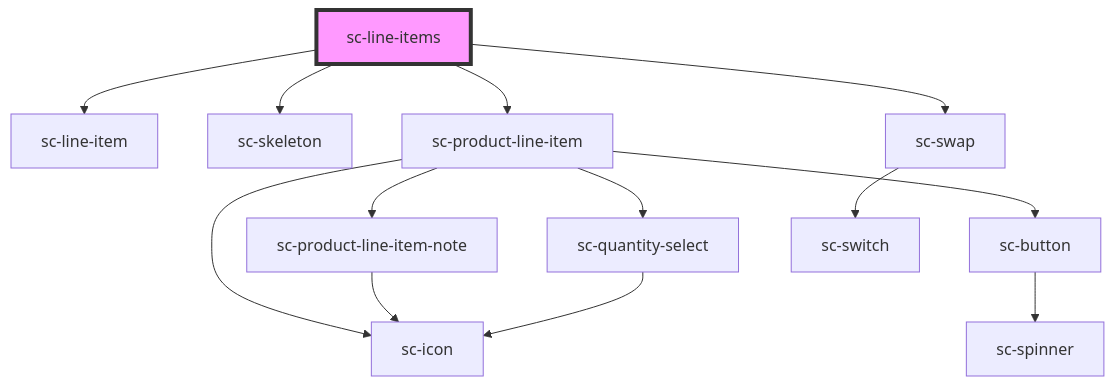
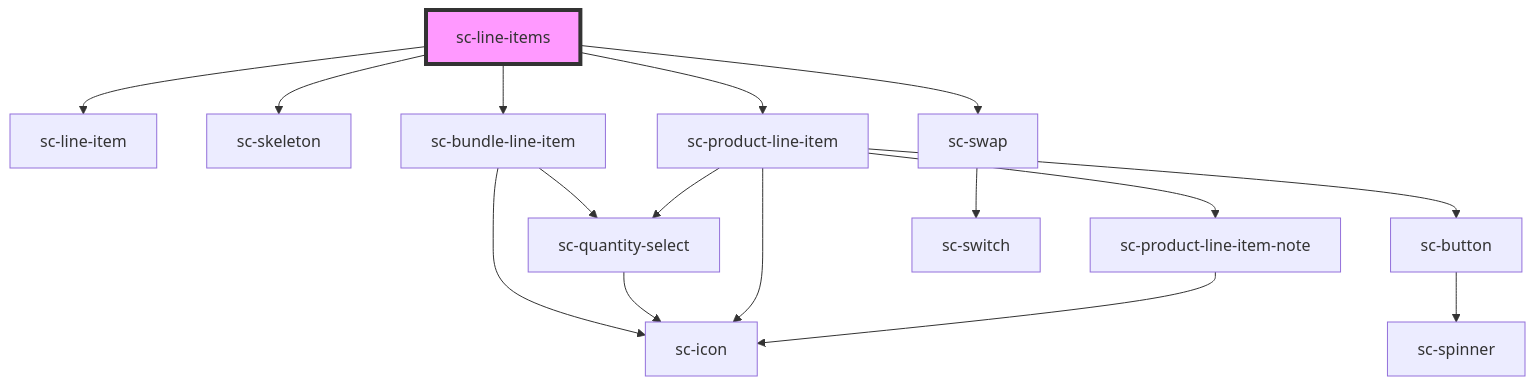
One commit to surecart/surecart-wp-plugin changed the diagram in packages/components/src/components/controllers/checkout-form/line-items/readme.md. Above: the diagram before and after it, drawn with Mermaid. The commit also changed other lines of this file and 34 other files, not shown here.

````diff
--- a/packages/components/src/components/controllers/checkout-form/line-items/readme.md
+++ b/packages/components/src/components/controllers/checkout-form/line-items/readme.md
@@ -49,16 +50,19 @@
 ```mermaid
 graph TD;
   sc-line-items --> sc-line-item
   sc-line-items --> sc-skeleton
+  sc-line-items --> sc-bundle-line-item
   sc-line-items --> sc-product-line-item
   sc-line-items --> sc-swap
+  sc-bundle-line-item --> sc-icon
+  sc-bundle-line-item --> sc-quantity-select
+  sc-quantity-select --> sc-icon
   sc-product-line-item --> sc-product-line-item-note
   sc-product-line-item --> sc-quantity-select
   sc-product-line-item --> sc-button
   sc-product-line-item --> sc-icon
   sc-product-line-item-note --> sc-icon
-  sc-quantity-select --> sc-icon
   sc-button --> sc-spinner
   sc-swap --> sc-switch
   style sc-line-items fill:#f9f,stroke:#333,stroke-width:4px
 ```
````
